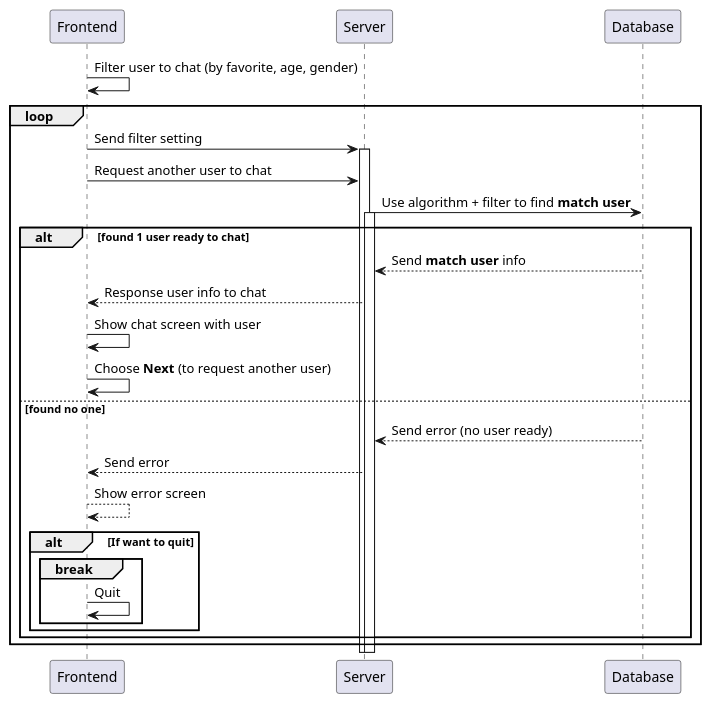
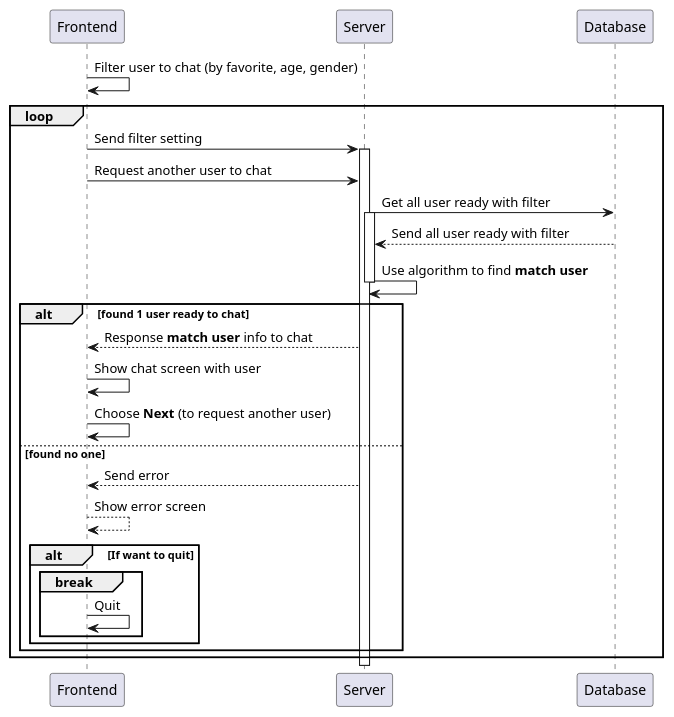
Before and after one commit to 1612180/chat_stranger_doc: the diagram in diagram/sequence/chat.md, drawn with PlantUML.

Commit message:
Find match user in server

````diff
--- a/diagram/sequence/chat.md
+++ b/diagram/sequence/chat.md
@@ -4,33 +4,36 @@
 ```plantuml
 @startuml
 
 Frontend -> Frontend: Filter user to chat (by favorite, age, gender)
 
 loop
     Frontend -> Server: Send filter setting
     activate Server
 
     Frontend -> Server: Request another user to chat
 
-    Server -> Database: Use algorithm + filter to find **match user**
+    Server -> Database: Get all user ready with filter
     activate Server
 
+    Database --> Server: Send all user ready with filter
+
+    Server -> Server: Use algorithm to find **match user**
+    deactivate Server
+
     alt found 1 user ready to chat
-        Database --> Server: Send **match user** info
-        Server --> Frontend: Response user info to chat
+        Server --> Frontend: Response **match user** info to chat
         Frontend -> Frontend: Show chat screen with user
         Frontend -> Frontend: Choose **Next** (to request another user)
     else found no one
-        Database --> Server: Send error (no user ready)
         Server --> Frontend: Send error
         Frontend --> Frontend: Show error screen
         alt If want to quit
             break
                 Frontend -> Frontend: Quit
             end
         end
     end
 end
 
 @enduml
 ```
````
